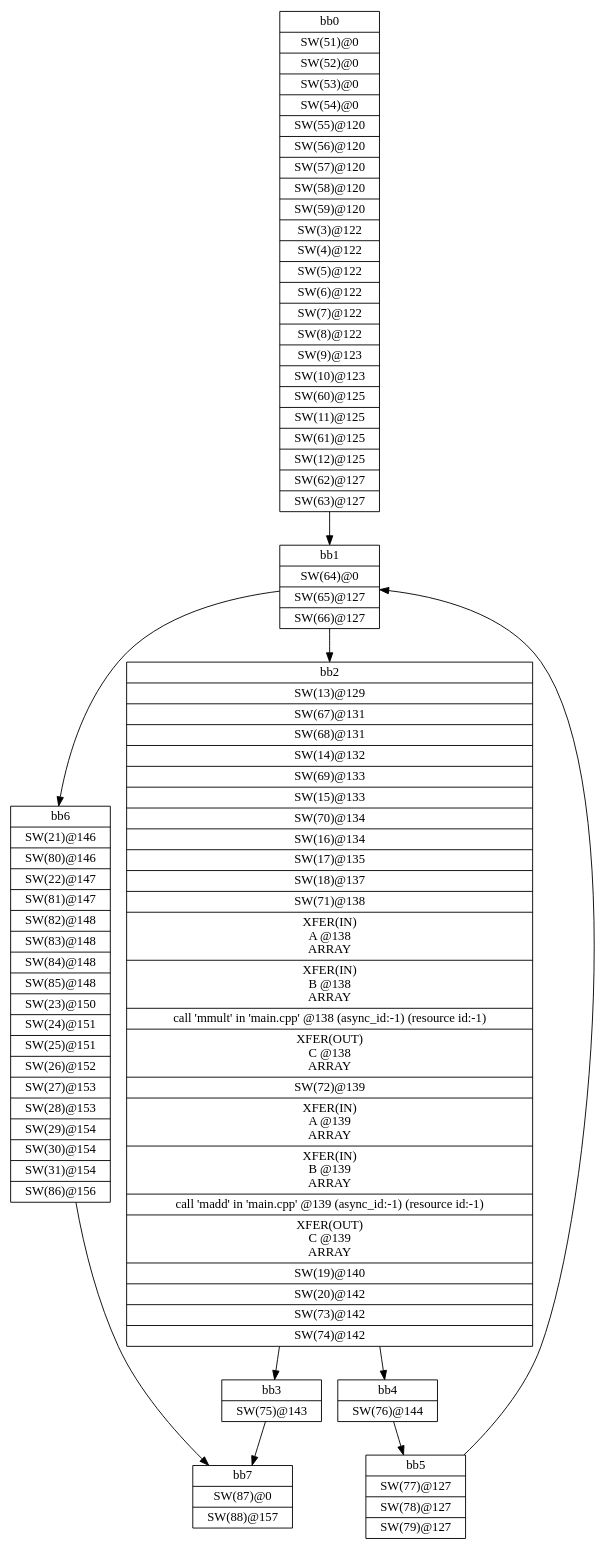
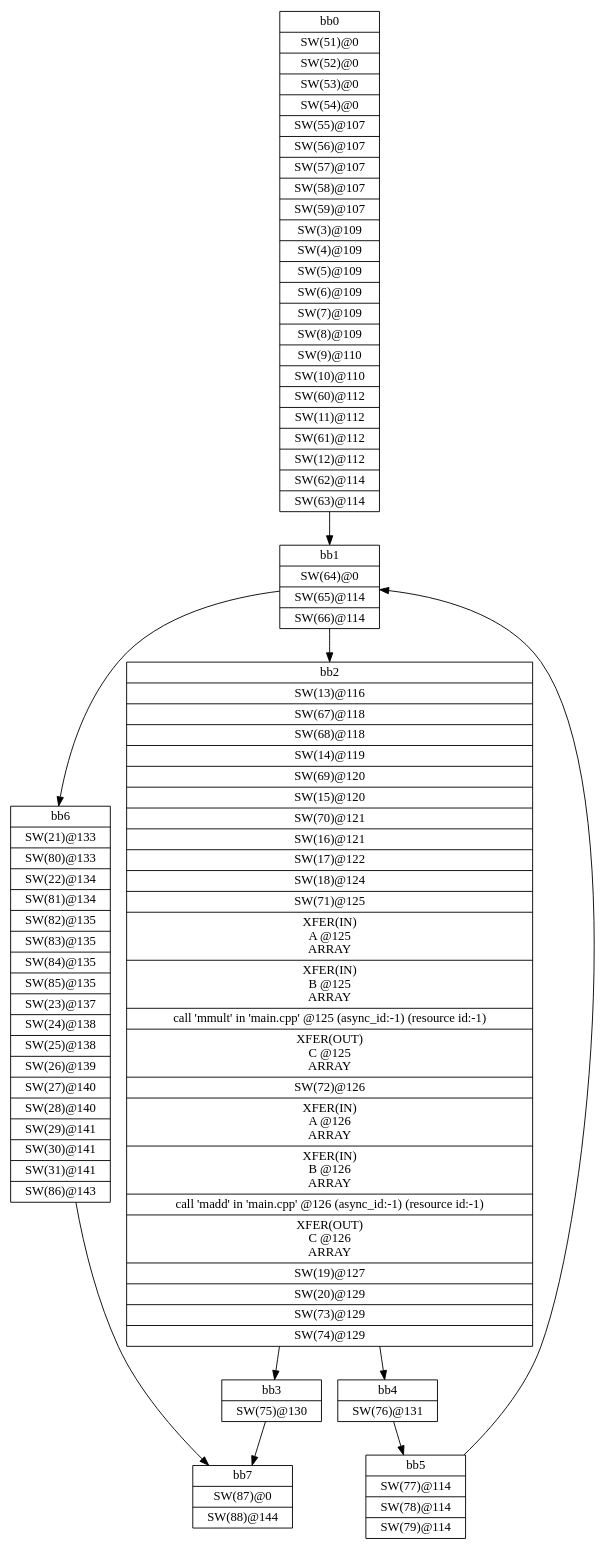
One commit to goceee/advanced_fpga_and_dsp changed the diagram in lab_2/Release/_sds/.llvm/_px_cdfg_xfer_mmult_test.dot. Above: the diagram before and after it, drawn with Graphviz. The commit also changed 1365 other files, not shown here.

```diff
--- a/lab_2/Release/_sds/.llvm/_px_cdfg_xfer_mmult_test.dot
+++ b/lab_2/Release/_sds/.llvm/_px_cdfg_xfer_mmult_test.dot
@@ -1,20 +1,20 @@
 digraph CDFG {
 node [shape=record];
-bb0 [shape=record, label = "{bb0|<x00000180A648D0A0>SW(51)@0\n|<x00000180A648D820>SW(52)@0\n|<x00000180A648D8C0>SW(53)@0\n|<x00000180A648DA00>SW(54)@0\n|<x00000180A648D1E0>SW(55)@120\n|<x00000180A648DAA0>SW(56)@120\n|<x00000180A648E5E0>SW(57)@120\n|<x00000180A648DBE0>SW(58)@120\n|<x00000180A648E220>SW(59)@120\n|<x00000180A58AEE00>SW(3)@122\n|<x00000180A58AE9A0>SW(4)@122\n|<x00000180A58B0520>SW(5)@122\n|<x00000180A58AE900>SW(6)@122\n|<x00000180A58AF760>SW(7)@122\n|<x00000180A58AEB80>SW(8)@122\n|<x00000180A58AEC20>SW(9)@123\n|<x00000180A58AED60>SW(10)@123\n|<x00000180A648E180>SW(60)@125\n|<x00000180A58AF300>SW(11)@125\n|<x00000180A648DD20>SW(61)@125\n|<x00000180A58AEEA0>SW(12)@125\n|<x00000180A648DFA0>SW(62)@127\n|<x00000180A648E860>SW(63)@127\n}"];
-bb1 [shape=record, label = "{bb1|<x00000180A648E040>SW(64)@0\n|<x00000180A648E400>SW(65)@127\n|<x00000180A6498160>SW(66)@127\n}"];
-bb2 [shape=record, label = "{bb2|<x00000180A58AF9E0>SW(13)@129\n|<x00000180A6498520>SW(67)@131\n|<x00000180A64985C0>SW(68)@131\n|<x00000180A58AEF40>SW(14)@132\n|<x00000180A6497120>SW(69)@133\n|<x00000180A58AF4E0>SW(15)@133\n|<x00000180A6497B20>SW(70)@134\n|<x00000180A58AF8A0>SW(16)@134\n|<x00000180A58AF580>SW(17)@135\n|<x00000180A584EE00>SW(18)@137\n|<x00000180A6498200>SW(71)@138\n|<x00000180A6497EE0>XFER(IN)\nA @138\nARRAY\n|<x00000180A6496C20>XFER(IN)\nB @138\nARRAY\n|<x00000180A5C7BE60>call 'mmult' in 'main.cpp' @138 (async_id:-1) (resource id:-1)\n|<x00000180A64971C0>XFER(OUT)\nC @138\nARRAY\n|<x00000180A6497A80>SW(72)@139\n|<x00000180A6498340>XFER(IN)\nA @139\nARRAY\n|<x00000180A64976C0>XFER(IN)\nB @139\nARRAY\n|<x00000180A5C7C100>call 'madd' in 'main.cpp' @139 (async_id:-1) (resource id:-1)\n|<x00000180A6497300>XFER(OUT)\nC @139\nARRAY\n|<x00000180A58AFA80>SW(19)@140\n|<x00000180A648ECC0>SW(20)@142\n|<x00000180A6497BC0>SW(73)@142\n|<x00000180A6496EA0>SW(74)@142\n}"];
-bb3 [shape=record, label = "{bb3|<x00000180A6496E00>SW(75)@143\n}"];
-bb4 [shape=record, label = "{bb4|<x00000180A64988E0>SW(76)@144\n}"];
-bb5 [shape=record, label = "{bb5|<x00000180A6497D00>SW(77)@127\n|<x00000180A6498980>SW(78)@127\n|<x00000180A6498660>SW(79)@127\n}"];
-bb6 [shape=record, label = "{bb6|<x00000180A648E7C0>SW(21)@146\n|<x00000180A64980C0>SW(80)@146\n|<x00000180A648E9A0>SW(22)@147\n|<x00000180A6497C60>SW(81)@147\n|<x00000180A6497DA0>SW(82)@148\n|<x00000180A6496F40>SW(83)@148\n|<x00000180A6497260>SW(84)@148\n|<x00000180A6496FE0>SW(85)@148\n|<x00000180A648EAE0>SW(23)@150\n|<x00000180A648ED60>SW(24)@151\n|<x00000180A648E680>SW(25)@151\n|<x00000180A648E0E0>SW(26)@152\n|<x00000180A648EB80>SW(27)@153\n|<x00000180A648D960>SW(28)@153\n|<x00000180A648D320>SW(29)@154\n|<x00000180A648D500>SW(30)@154\n|<x00000180A648D140>SW(31)@154\n|<x00000180A6497080>SW(86)@156\n}"];
-bb7 [shape=record, label = "{bb7|<x00000180A64982A0>SW(87)@0\n|<x00000180A6497E40>SW(88)@157\n}"];
+bb0 [shape=record, label = "{bb0|<x000001FB333C6340>SW(51)@0\n|<x000001FB333C6A20>SW(52)@0\n|<x000001FB333C6AC0>SW(53)@0\n|<x000001FB333C7420>SW(54)@0\n|<x000001FB333C7600>SW(55)@107\n|<x000001FB333C5BC0>SW(56)@107\n|<x000001FB333C6480>SW(57)@107\n|<x000001FB333C6B60>SW(58)@107\n|<x000001FB333C76A0>SW(59)@107\n|<x000001FB327A1EC0>SW(3)@109\n|<x000001FB327A1600>SW(4)@109\n|<x000001FB327A1060>SW(5)@109\n|<x000001FB327A11A0>SW(6)@109\n|<x000001FB327A23C0>SW(7)@109\n|<x000001FB327A0E80>SW(8)@109\n|<x000001FB327A2460>SW(9)@110\n|<x000001FB327A1920>SW(10)@110\n|<x000001FB333C77E0>SW(60)@112\n|<x000001FB327A1240>SW(11)@112\n|<x000001FB333C7880>SW(61)@112\n|<x000001FB327A2780>SW(12)@112\n|<x000001FB333C7920>SW(62)@114\n|<x000001FB333C5C60>SW(63)@114\n}"];
+bb1 [shape=record, label = "{bb1|<x000001FB333C6160>SW(64)@0\n|<x000001FB333C6520>SW(65)@114\n|<x000001FB333CAD90>SW(66)@114\n}"];
+bb2 [shape=record, label = "{bb2|<x000001FB327A1420>SW(13)@116\n|<x000001FB333CA110>SW(67)@118\n|<x000001FB333C9E90>SW(68)@118\n|<x000001FB327A14C0>SW(14)@119\n|<x000001FB333CB970>SW(69)@120\n|<x000001FB327A1560>SW(15)@120\n|<x000001FB333CA750>SW(70)@121\n|<x000001FB327A19C0>SW(16)@121\n|<x000001FB327A1B00>SW(17)@122\n|<x000001FB3273FE30>SW(18)@124\n|<x000001FB333C9CB0>SW(71)@125\n|<x000001FB333CA1B0>XFER(IN)\nA @125\nARRAY\n|<x000001FB333CB290>XFER(IN)\nB @125\nARRAY\n|<x000001FB333B7C00>call 'mmult' in 'main.cpp' @125 (async_id:-1) (resource id:-1)\n|<x000001FB333CAC50>XFER(OUT)\nC @125\nARRAY\n|<x000001FB333CB830>SW(72)@126\n|<x000001FB333C9D50>XFER(IN)\nA @126\nARRAY\n|<x000001FB333CA4D0>XFER(IN)\nB @126\nARRAY\n|<x000001FB333B7EA0>call 'madd' in 'main.cpp' @126 (async_id:-1) (resource id:-1)\n|<x000001FB333C9FD0>XFER(OUT)\nC @126\nARRAY\n|<x000001FB327A1BA0>SW(19)@127\n|<x000001FB333C6F20>SW(20)@129\n|<x000001FB333CA7F0>SW(73)@129\n|<x000001FB333CA890>SW(74)@129\n}"];
+bb3 [shape=record, label = "{bb3|<x000001FB333CAF70>SW(75)@130\n}"];
+bb4 [shape=record, label = "{bb4|<x000001FB333CA6B0>SW(76)@131\n}"];
+bb5 [shape=record, label = "{bb5|<x000001FB333CA430>SW(77)@114\n|<x000001FB333CACF0>SW(78)@114\n|<x000001FB333CB5B0>SW(79)@114\n}"];
+bb6 [shape=record, label = "{bb6|<x000001FB333C67A0>SW(21)@133\n|<x000001FB333CA930>SW(80)@133\n|<x000001FB333C6CA0>SW(22)@134\n|<x000001FB333CA9D0>SW(81)@134\n|<x000001FB333C9F30>SW(82)@135\n|<x000001FB333CAA70>SW(83)@135\n|<x000001FB333CB1F0>SW(84)@135\n|<x000001FB333CA390>SW(85)@135\n|<x000001FB333C7740>SW(23)@137\n|<x000001FB333C5A80>SW(24)@138\n|<x000001FB333C6FC0>SW(25)@138\n|<x000001FB333C63E0>SW(26)@139\n|<x000001FB333C5D00>SW(27)@140\n|<x000001FB333C6660>SW(28)@140\n|<x000001FB333C6C00>SW(29)@141\n|<x000001FB333C7560>SW(30)@141\n|<x000001FB333C7100>SW(31)@141\n|<x000001FB333CAB10>SW(86)@143\n}"];
+bb7 [shape=record, label = "{bb7|<x000001FB333CABB0>SW(87)@0\n|<x000001FB333C9DF0>SW(88)@144\n}"];
 bb0 -> bb1
 bb1 -> bb2
 bb1 -> bb6
 bb2 -> bb3
 bb2 -> bb4
 bb3 -> bb7
 bb4 -> bb5
 bb5 -> bb1
 bb6 -> bb7
 }
```
